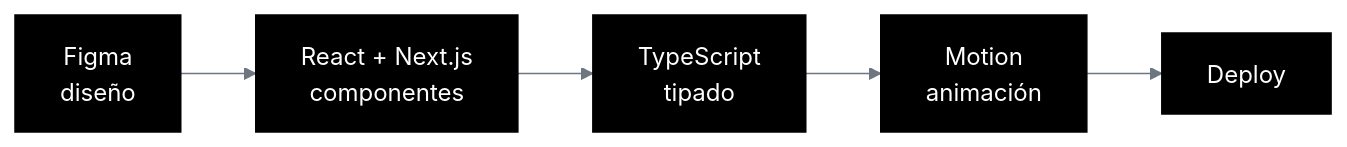
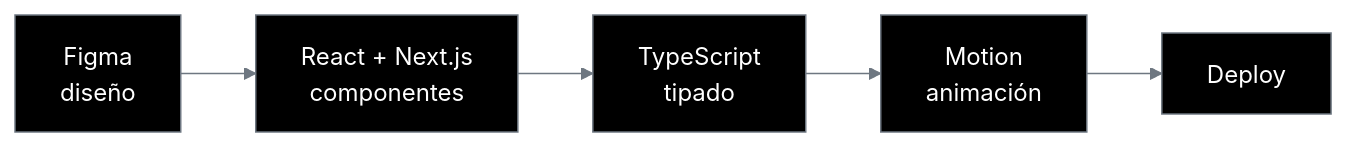
The diagram in README.md (sweeddie/sweeddie), drawn with Mermaid before and after one commit. The commit also changed other lines of this file, not shown here.

````diff
--- a/README.md
+++ b/README.md
@@ -117,8 +83,8 @@
 ```mermaid
-%%{init: {'theme':'base','themeVariables':{'primaryColor':'#000000','primaryTextColor':'#ffffff','primaryBorderColor':'#000000','lineColor':'#6e7781','fontFamily':'ui-sans-serif, system-ui, sans-serif'}}}%%
+%%{init: {'theme':'base','themeVariables':{'primaryColor':'#000000','primaryTextColor':'#ffffff','primaryBorderColor':'#6e7781','lineColor':'#6e7781','fontFamily':'ui-sans-serif, system-ui, sans-serif'}}}%%
 flowchart LR
     A["Figma<br/>diseño"] --> B["React + Next.js<br/>componentes"]
     B --> C["TypeScript<br/>tipado"]
     C --> D["Motion<br/>animación"]
     D --> E["Deploy"]
 ```
````
